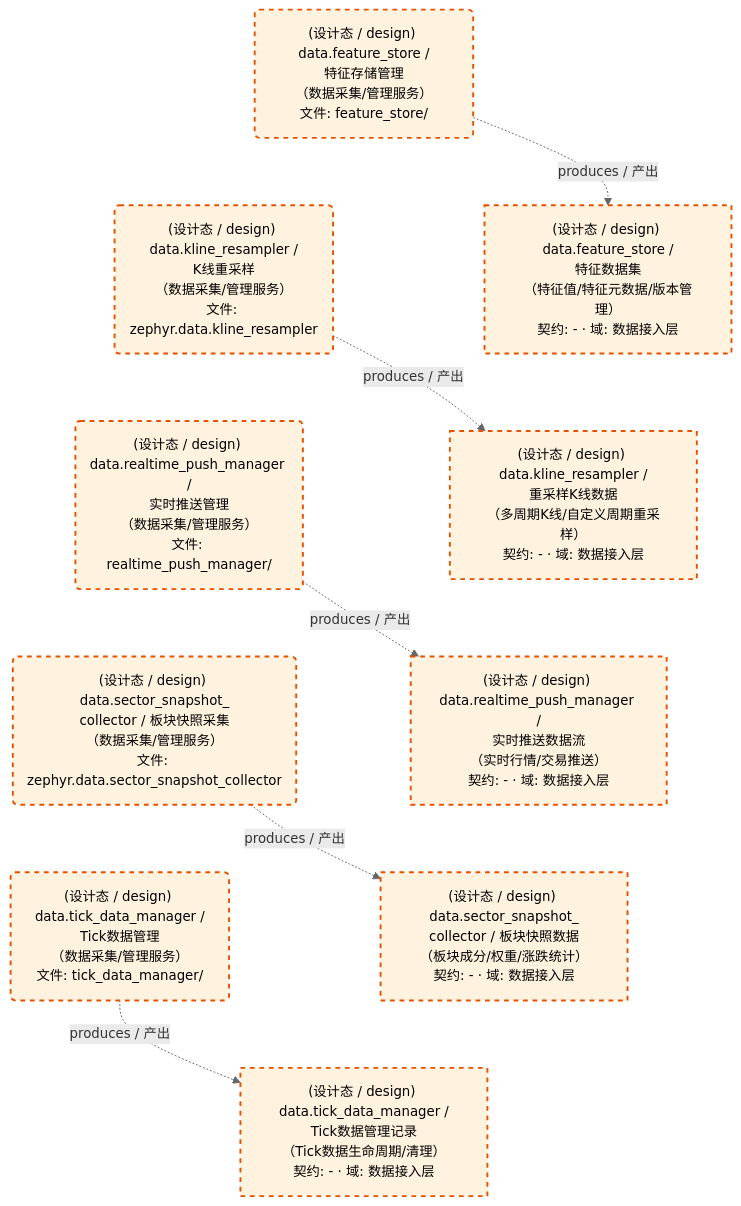
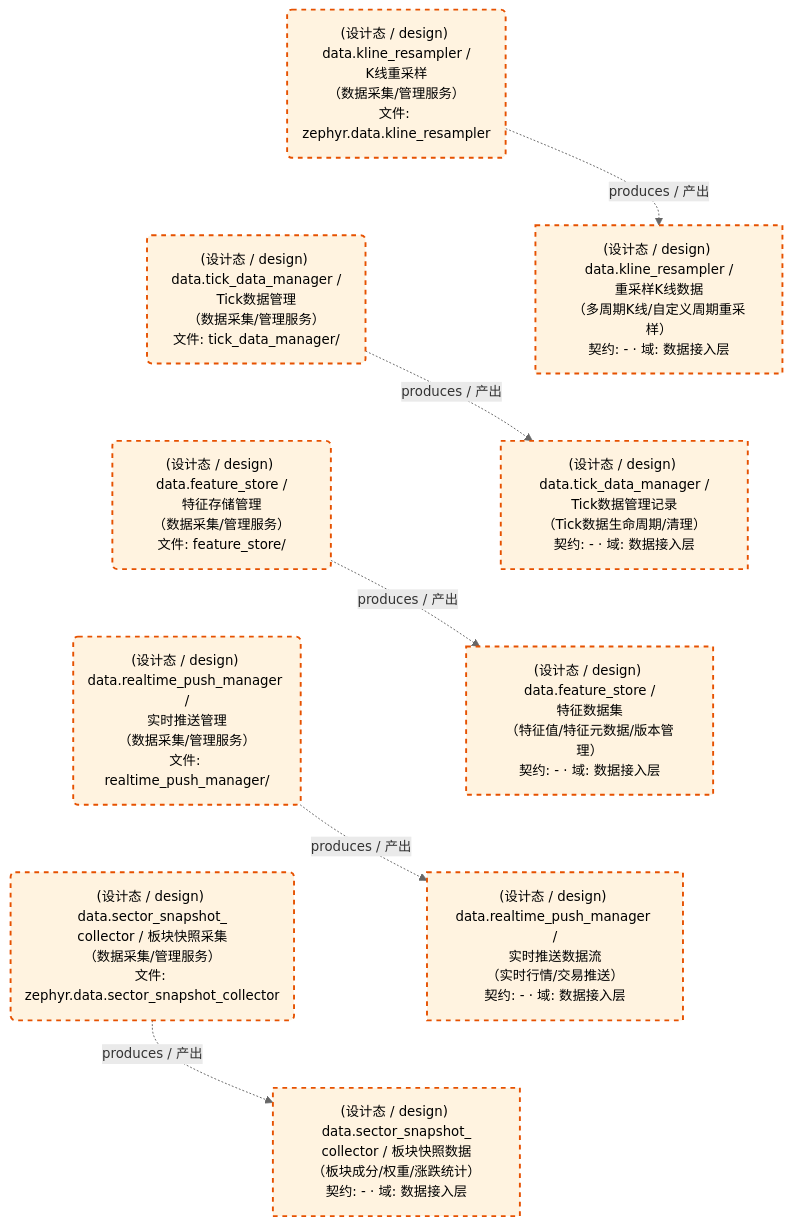
Before and after one commit to xuanFelixVan/ZephyrAlpha: the first of 2 diagrams in docs/02_enterprise_architecture/05_dataflow_architecture/d_data.md, drawn with Mermaid. The commit also changed other lines of this file and 173 other files, not shown here.

````diff
--- a/docs/02_enterprise_architecture/05_dataflow_architecture/d_data.md
+++ b/docs/02_enterprise_architecture/05_dataflow_architecture/d_data.md
@@ -49,32 +49,32 @@
 ```mermaid
 %%{init: {'theme': 'base', 'themeVariables': {'primaryColor': '#eaeaea', 'primaryTextColor': '#333333', 'primaryBorderColor': '#666666', 'lineColor': '#666666', 'secondaryColor': '#eaeaea', 'tertiaryColor': '#eaeaea', 'clusterBkg': 'transparent', 'clusterBorder': 'transparent', 'fontSize': '14px'}}}%%
 flowchart TD
     DS11253["(设计态 / design) data.feature_store /<br/>特征数据集<br/>（特征值/特征元数据/版本管理）<br/>契约: - · 域: 数据接入层"]
     DS11256["(设计态 / design) data.kline_resampler /<br/>重采样K线数据<br/>（多周期K线/自定义周期重采样）<br/>契约: - · 域: 数据接入层"]
     DS11254["(设计态 / design) data.realtime_push_manager /<br/>实时推送数据流<br/>（实时行情/交易推送）<br/>契约: - · 域: 数据接入层"]
     DS11257["(设计态 / design) data.sector_snapshot_<br/>collector / 板块快照数据<br/>（板块成分/权重/涨跌统计）<br/>契约: - · 域: 数据接入层"]
     DS11255["(设计态 / design) data.tick_data_manager /<br/>Tick数据管理记录<br/>（Tick数据生命周期/清理）<br/>契约: - · 域: 数据接入层"]
     JOB757617("(设计态 / design) data.feature_store /<br/>特征存储管理<br/>（数据采集/管理服务）<br/>文件: feature_store/")
     JOB757620("(设计态 / design) data.kline_resampler /<br/>K线重采样<br/>（数据采集/管理服务）<br/>文件: zephyr.data.kline_resampler")
     JOB757618("(设计态 / design) data.realtime_push_manager /<br/>实时推送管理<br/>（数据采集/管理服务）<br/>文件: realtime_push_manager/")
     JOB757621("(设计态 / design) data.sector_snapshot_<br/>collector / 板块快照采集<br/>（数据采集/管理服务）<br/>文件: zephyr.data.sector_snapshot_collector")
     JOB757619("(设计态 / design) data.tick_data_manager /<br/>Tick数据管理<br/>（数据采集/管理服务）<br/>文件: tick_data_manager/")
     JOB757617 -.->|produces / 产出| DS11253
     JOB757618 -.->|produces / 产出| DS11254
     JOB757619 -.->|produces / 产出| DS11255
     JOB757620 -.->|produces / 产出| DS11256
     JOB757621 -.->|produces / 产出| DS11257
-    JOB757617 ~~~ JOB757620
-    JOB757620 ~~~ JOB757618
+    JOB757620 ~~~ JOB757619
+    JOB757619 ~~~ JOB757617
+    JOB757617 ~~~ JOB757618
     JOB757618 ~~~ JOB757621
-    JOB757621 ~~~ JOB757619
-    DS11253 ~~~ DS11256
-    DS11256 ~~~ DS11254
+    DS11256 ~~~ DS11255
+    DS11255 ~~~ DS11253
+    DS11253 ~~~ DS11254
     DS11254 ~~~ DS11257
-    DS11257 ~~~ DS11255
     classDef production fill:#e1f5fe,stroke:#01579b,stroke-width:2px,color:#000
     classDef design fill:#fff3e0,stroke:#e65100,stroke-width:2px,color:#000,stroke-dasharray: 5 5
     classDef external_prod fill:#e8f4fd,stroke:#0277bd,stroke-width:1px,color:#000
     classDef external_design fill:#fff8e7,stroke:#ef6c00,stroke-width:1px,color:#000,stroke-dasharray: 5 5
     class DS11253,DS11256,DS11254,DS11257,DS11255,JOB757617,JOB757620,JOB757618,JOB757621,JOB757619 design
 ```
````
